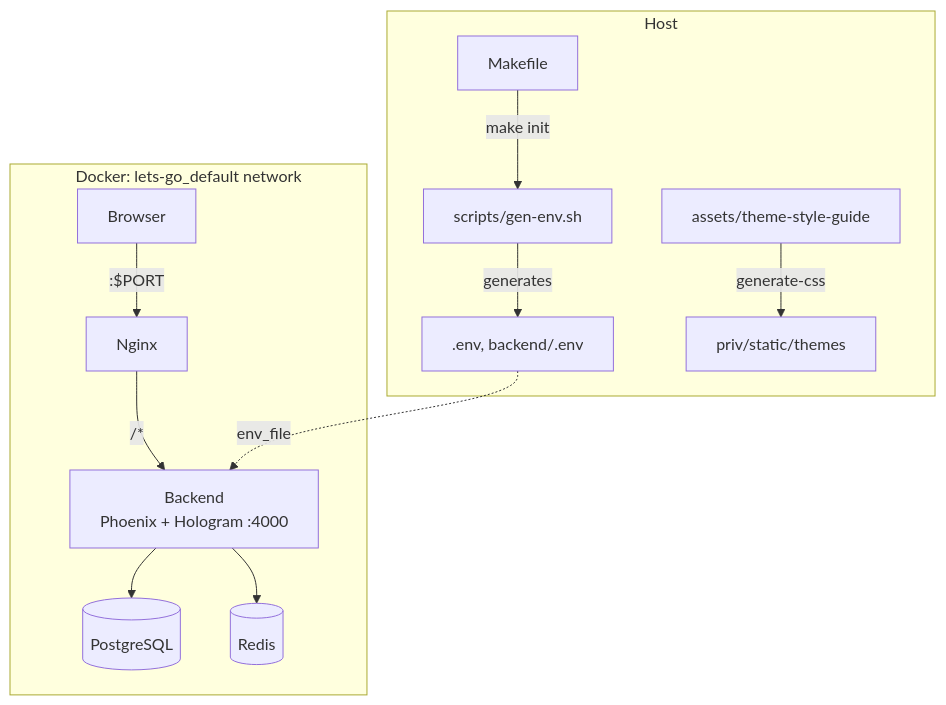
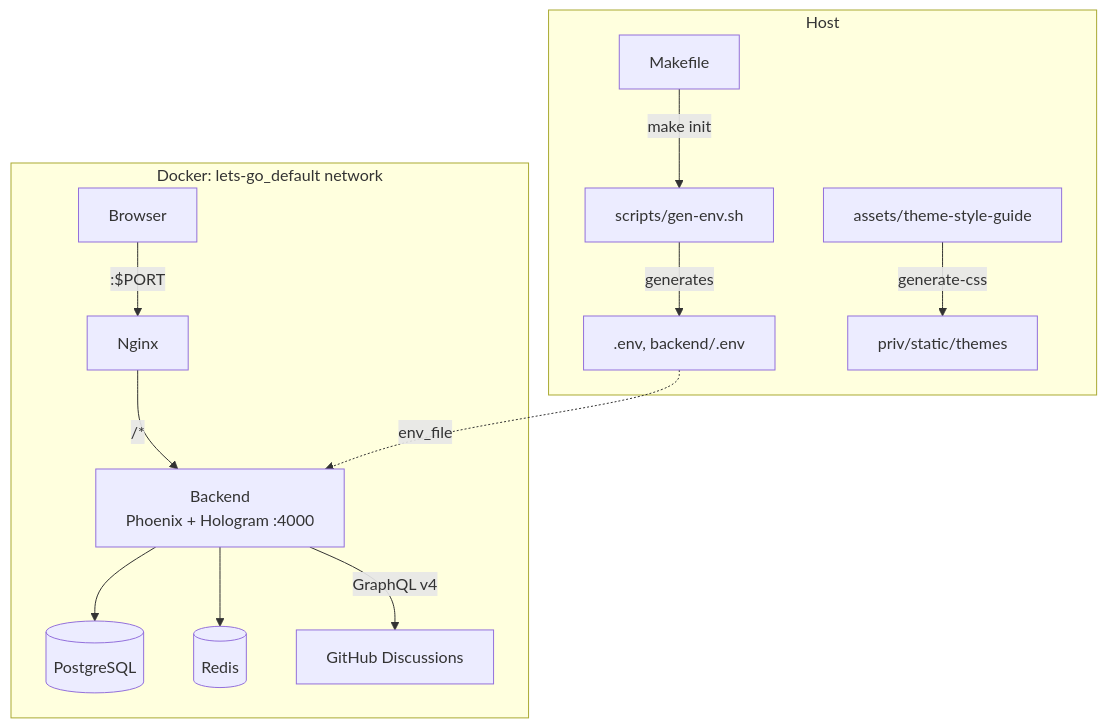
Before and after one commit to the-robot-lives/semtext.dev: the diagram in app/docs/PROJ-ARCH.md, drawn with Mermaid. The commit also changed other lines of this file and 15 other files, not shown here.

First line of the commit message:
docs: doc-sweep 2026-10-26 (layout/arch/schema/threat-model)

````diff
--- a/app/docs/PROJ-ARCH.md
+++ b/app/docs/PROJ-ARCH.md
@@ -9,17 +9,18 @@
 ```mermaid
 graph TB
     subgraph "Host"
         Make[Makefile] -->|make init| GenEnv[scripts/gen-env.sh]
         GenEnv -->|generates| EnvFiles[".env, backend/.env"]
         YAML[assets/theme-style-guide] -->|generate-css| CSS[priv/static/themes]
     end
 
     subgraph "Docker: lets-go_default network"
         Client[Browser] -->|":$PORT"| Nginx
         Nginx -->|"/*"| Backend["Backend<br/>Phoenix + Hologram :4000"]
         Backend --> PG[(PostgreSQL)]
         Backend --> Redis[(Redis)]
+        Backend -->|GraphQL v4| GH[GitHub Discussions]
     end
 
     EnvFiles -.->|env_file| Backend
 ```
````
